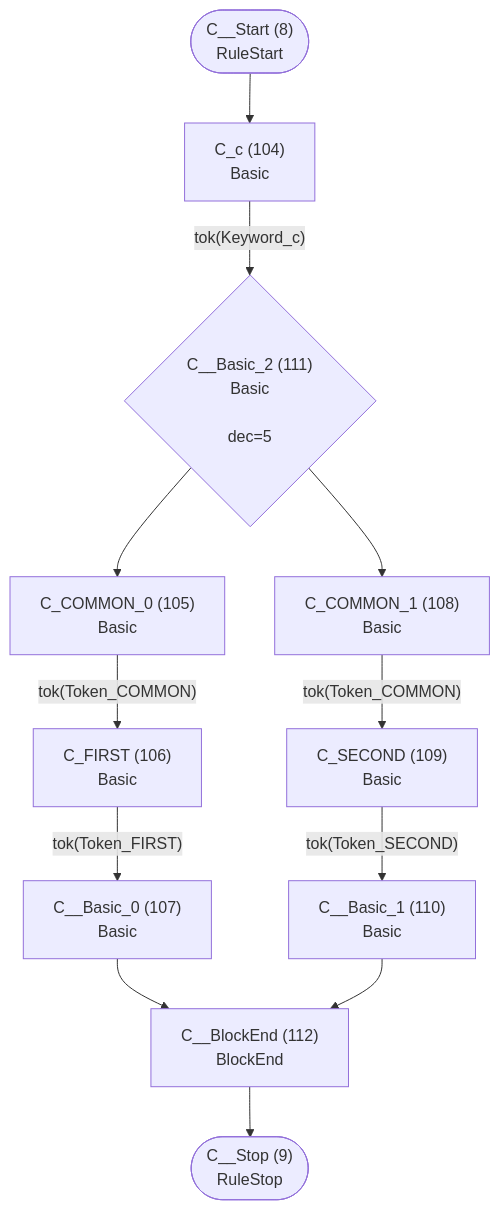
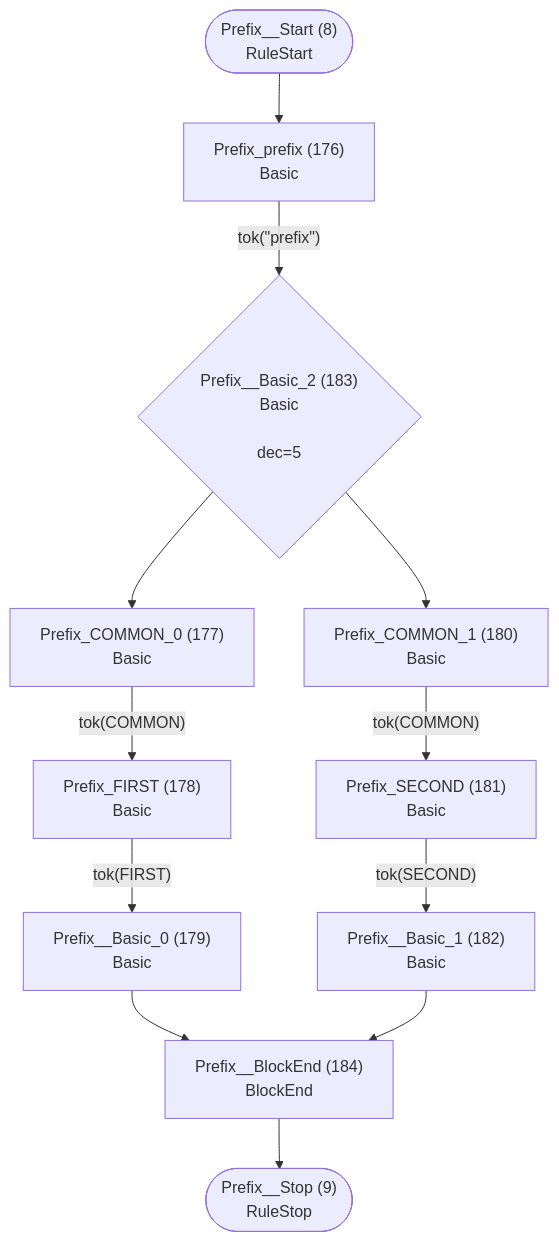
One commit to TypeFox/fastbelt changed the fifth of 46 diagrams in internal/languages/completion/atn.md. Above: the diagram before and after it, drawn with Mermaid. The commit also changed other lines of this file and 58 other files, not shown here.

````diff
--- a/internal/languages/completion/atn.md
+++ b/internal/languages/completion/atn.md
@@ -180,26 +245,26 @@
 ```mermaid
 flowchart TD
-    q8(["C__Start (8)<br/>RuleStart"])
-    q9(["C__Stop (9)<br/>RuleStop"])
-    q104["C_c (104)<br/>Basic<br/>"]
-    q105["C_COMMON_0 (105)<br/>Basic<br/>"]
-    q106["C_FIRST (106)<br/>Basic<br/>"]
-    q107["C__Basic_0 (107)<br/>Basic<br/>"]
-    q108["C_COMMON_1 (108)<br/>Basic<br/>"]
-    q109["C_SECOND (109)<br/>Basic<br/>"]
-    q110["C__Basic_1 (110)<br/>Basic<br/>"]
-    q111{"C__Basic_2 (111)<br/>Basic<br/><br/>dec=5"}
-    q112["C__BlockEnd (112)<br/>BlockEnd<br/>"]
+    q8(["Prefix__Start (8)<br/>RuleStart"])
+    q9(["Prefix__Stop (9)<br/>RuleStop"])
+    q176["Prefix_prefix (176)<br/>Basic<br/>"]
+    q177["Prefix_COMMON_0 (177)<br/>Basic<br/>"]
+    q178["Prefix_FIRST (178)<br/>Basic<br/>"]
+    q179["Prefix__Basic_0 (179)<br/>Basic<br/>"]
+    q180["Prefix_COMMON_1 (180)<br/>Basic<br/>"]
+    q181["Prefix_SECOND (181)<br/>Basic<br/>"]
+    q182["Prefix__Basic_1 (182)<br/>Basic<br/>"]
+    q183{"Prefix__Basic_2 (183)<br/>Basic<br/><br/>dec=5"}
+    q184["Prefix__BlockEnd (184)<br/>BlockEnd<br/>"]
 
-    q8 --> q104
-    q104 -->|"tok(Keyword_c)"| q111
-    q105 -->|"tok(Token_COMMON)"| q106
-    q106 -->|"tok(Token_FIRST)"| q107
-    q107 --> q112
-    q108 -->|"tok(Token_COMMON)"| q109
-    q109 -->|"tok(Token_SECOND)"| q110
-    q110 --> q112
-    q111 --> q105
-    q111 --> q108
-    q112 --> q9
+    q8 --> q176
+    q176 -->|"tok(&quot;prefix&quot;)"| q183
+    q177 -->|"tok(COMMON)"| q178
+    q178 -->|"tok(FIRST)"| q179
+    q179 --> q184
+    q180 -->|"tok(COMMON)"| q181
+    q181 -->|"tok(SECOND)"| q182
+    q182 --> q184
+    q183 --> q177
+    q183 --> q180
+    q184 --> q9
 ```
````
